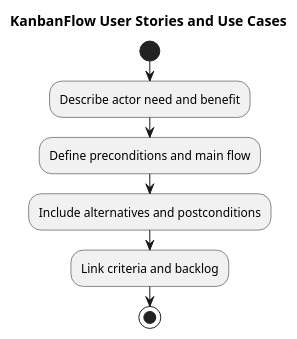
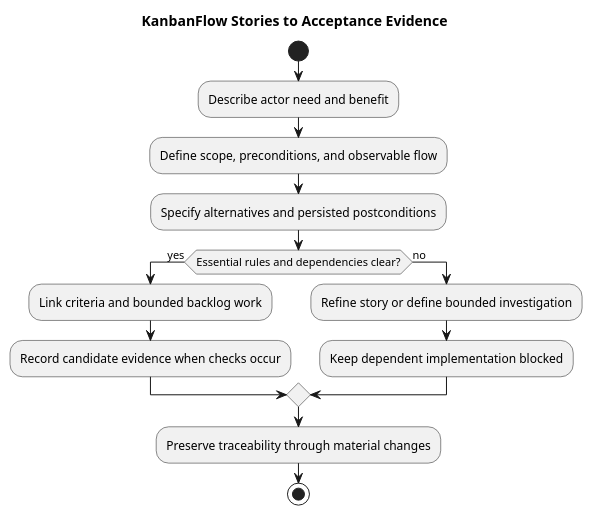
One commit to Farhad-Valizadegan/Web-KanbanFlow changed the diagram in docs/SDLC/02-requirements/user-stories-and-use-cases.md. Above: the diagram before and after it, drawn with PlantUML. The commit also changed other lines of this file and 2 other files, not shown here.

Commit message:
docs: complete user stories use cases and acceptance links

````diff
--- a/docs/SDLC/02-requirements/user-stories-and-use-cases.md
+++ b/docs/SDLC/02-requirements/user-stories-and-use-cases.md
@@ -56,11 +142,18 @@
 ```plantuml
 @startuml
-title KanbanFlow User Stories and Use Cases
+title KanbanFlow Stories to Acceptance Evidence
 start
 :Describe actor need and benefit;
-:Define preconditions and main flow;
-:Include alternatives and postconditions;
-:Link criteria and backlog;
+:Define scope, preconditions, and observable flow;
+:Specify alternatives and persisted postconditions;
+if (Essential rules and dependencies clear?) then (yes)
+ :Link criteria and bounded backlog work;
+ :Record candidate evidence when checks occur;
+else (no)
+ :Refine story or define bounded investigation;
+ :Keep dependent implementation blocked;
+endif
+:Preserve traceability through material changes;
 stop
 @enduml
 ```
````
